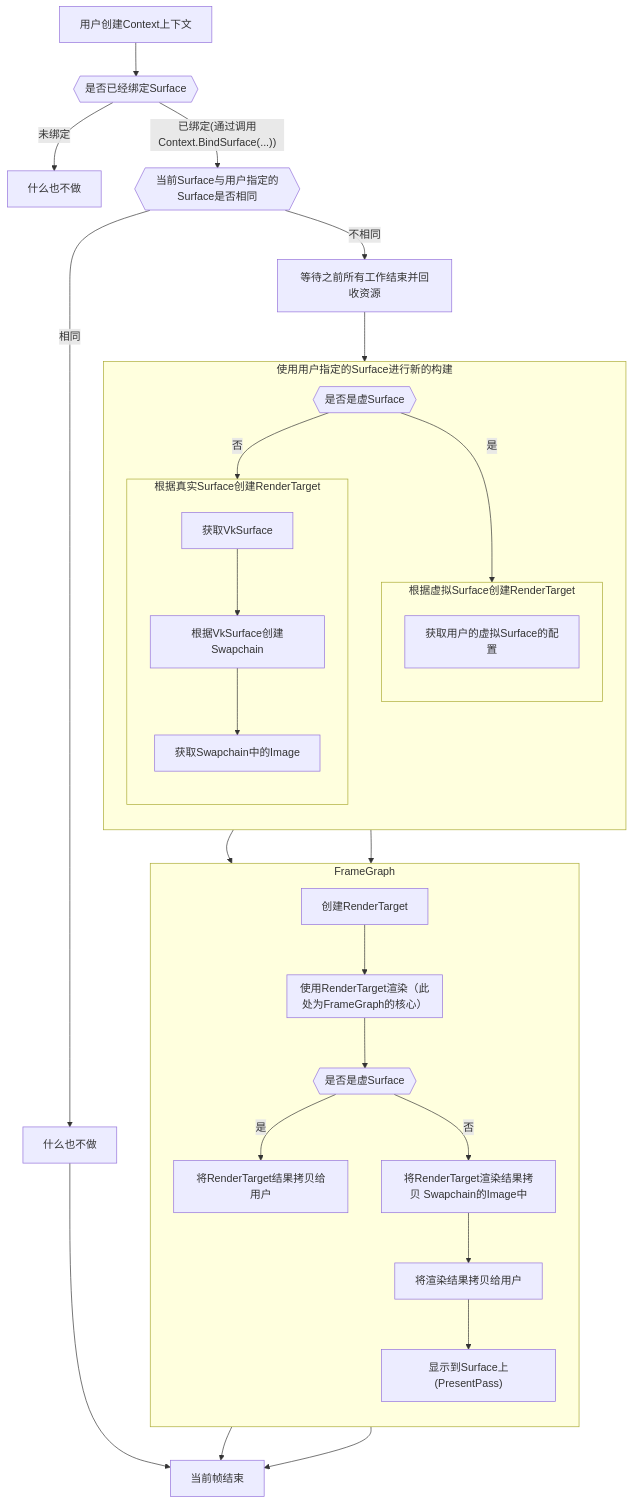
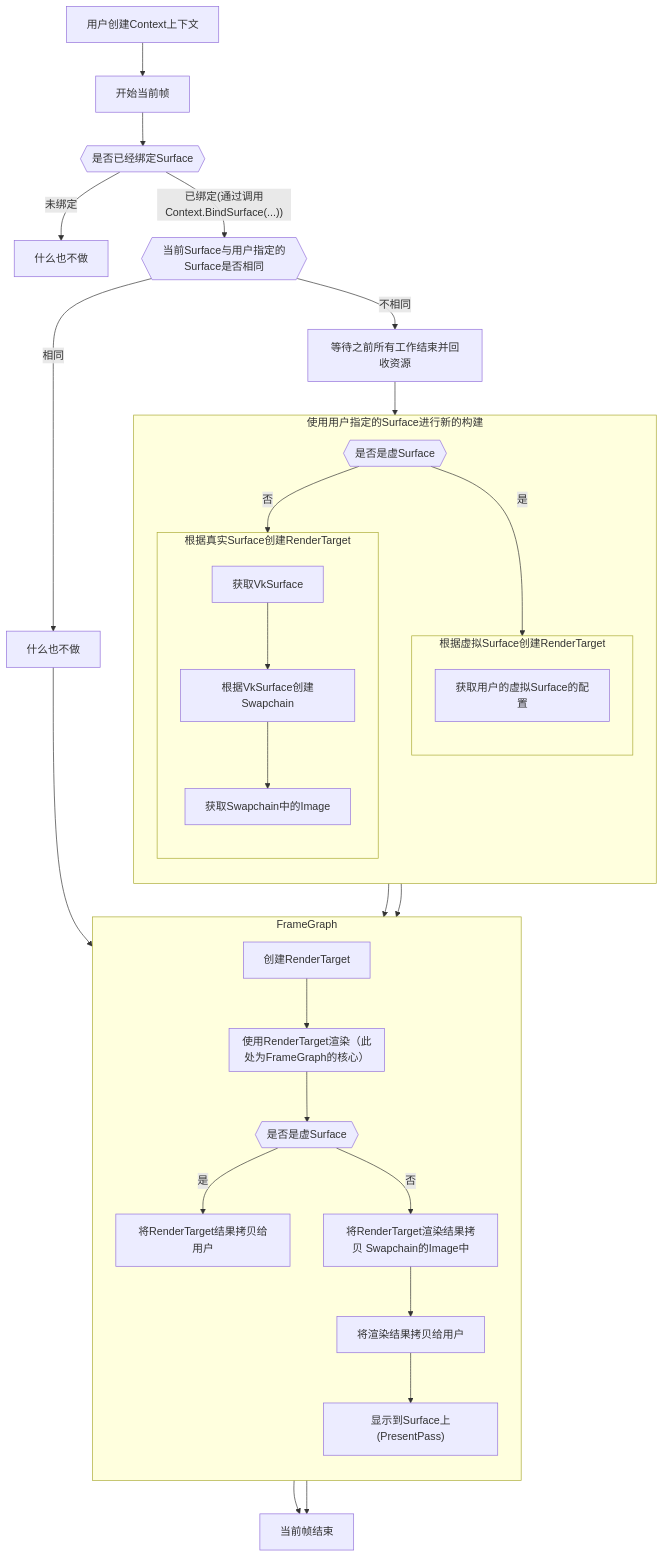
The first of 2 diagrams in docs/Design/FrameGraphAdvance.md (FuXiii/Turbo), drawn with Mermaid before and after one commit. The commit also changed other lines of this file, not shown here.

Commit message:
update FgAdvance off-screen doc

````diff
--- a/docs/Design/FrameGraphAdvance.md
+++ b/docs/Design/FrameGraphAdvance.md
@@ -833,45 +833,48 @@
 ```mermaid
  graph TD;
     UserCreateContext[用户创建Context上下文]
-    UserCreateContext-->IsBindSurface{{是否已经绑定Surface}}
+    UserCreateContext-->BeginFrame[开始当前帧]
+    BeginFrame-->IsBindSurface{{是否已经绑定Surface}}
     IsBindSurface--未绑定-->DoNothingWithoutSurface[什么也不做]
     IsBindSurface--"已绑定(通过调用Context.BindSurface(...))"-->IsSurfaceSame[什么也不做]
     IsSurfaceSame{{当前Surface与用户指定的Surface是否相同}}--相同--->DoNothingForSameSurface[什么也不做]
     IsSurfaceSame--不相同-->WaitAll[等待之前所有工作结束并回收资源]
     subgraph RefreshSurface[使用用户指定的Surface进行新的构建]
         direction TB
         IsVirtualSurface{{是否是虚Surface}}
             subgraph CreateRenderTargetAccordingVirtualSurface[根据虚拟Surface创建RenderTarget]
                     direction TB
                     GetVirtualSurfaceConfig[获取用户的虚拟Surface的配置]
             end
         IsVirtualSurface--是-->CreateRenderTargetAccordingVirtualSurface
             subgraph CreateRenderTargetAccordingActualSurface[根据真实Surface创建RenderTarget]
                 direction TB
                 GetVkSurface[获取VkSurface] -->CreateSwapchain[根据VkSurface创建Swapchain]
                 CreateSwapchain-->GetImage[获取Swapchain中的Image]
             end
         IsVirtualSurface--否-->CreateRenderTargetAccordingActualSurface
     end
 
     subgraph FrameGraph["FrameGraph"]
         direction TB
         CreateRenderTargetForFG[创建RenderTarget]-->UseRenderTarget
         subgraph UseRenderTarget["使用RenderTarget渲染（此处为FrameGraph的核心）"]
             direction TB
         end
         UseRenderTarget-->IsVirtualSurface1{{是否是虚Surface}}
         IsVirtualSurface1--是-->CopyResultReturntoUser[将RenderTarget结果拷贝给用户]
         IsVirtualSurface1--否-->CopyRenderTargetToSwapchainImage[将RenderTarget渲染结果拷贝 Swapchain的Image中]
         CopyRenderTargetToSwapchainImage-->ToUser[将渲染结果拷贝给用户]
         ToUser-->PresentSwapchainImage["显示到Surface上(PresentPass)"]
     end
 
     
     CreateRenderTargetAccordingVirtualSurface-->CreateRenderTargetForFG
     CreateRenderTargetAccordingActualSurface-->CreateRenderTargetForFG
     WaitAll-->IsVirtualSurface
-    DoNothingForSameSurface-->EndFrame[当前帧结束]
-    CopyResultReturntoUser-->EndFrame
+    DoNothingForSameSurface-->CreateRenderTargetForFG
+    CopyResultReturntoUser-->EndFrame[当前帧结束]
     PresentSwapchainImage-->EndFrame
+
+    %%EndFrame-->BeginFrame
  ```
````
